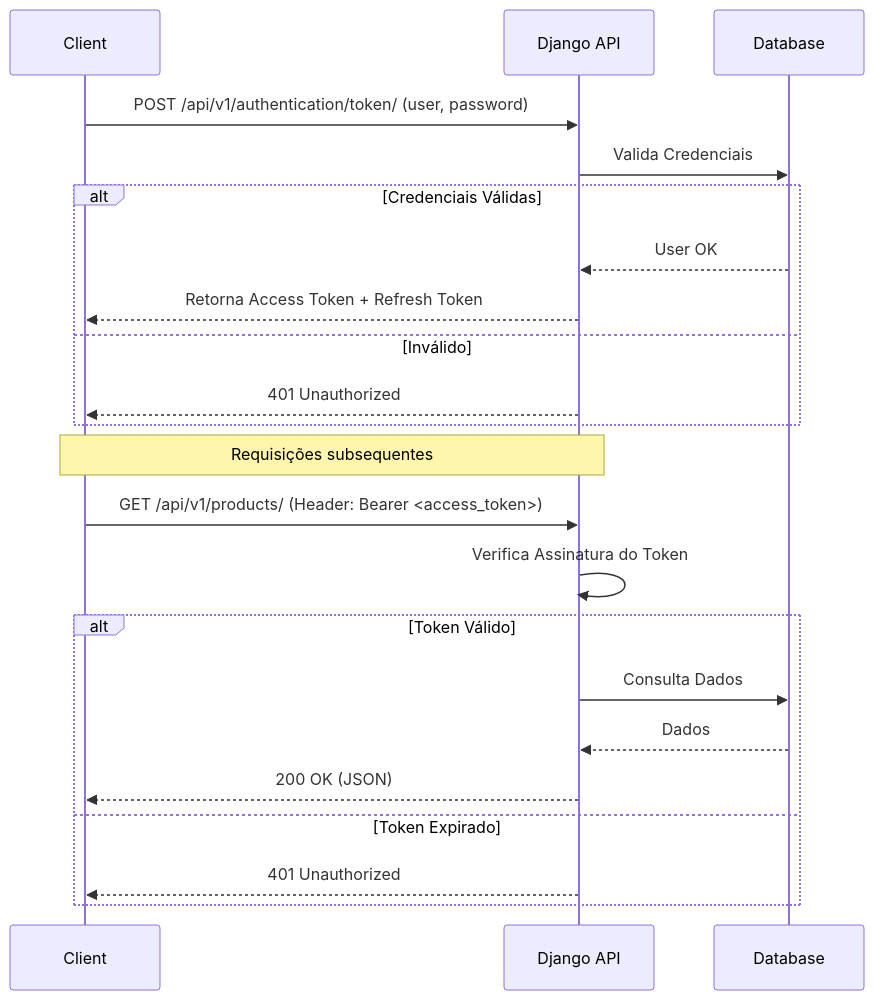
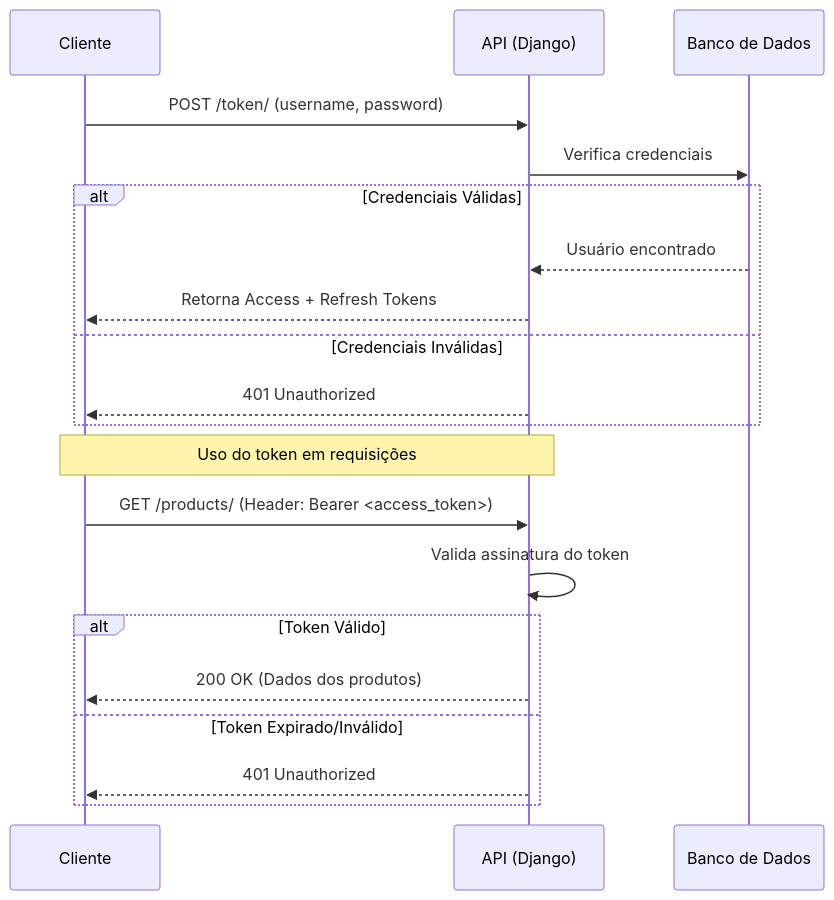
Before and after one commit to cllmenate/inventory-management-django-sistem: the sixth of 6 diagrams in docs/architecture.md, drawn with Mermaid. The commit also changed other lines of this file and 31 other files, not shown here.

````diff
--- a/docs/architecture.md
+++ b/docs/architecture.md
@@ -122,27 +174,24 @@
 ```mermaid
 sequenceDiagram
-    participant Client
-    participant API as Django API
-    participant DB as Database
+    participant Cliente
+    participant API as API (Django)
+    participant DB as Banco de Dados
 
-    Client->>API: POST /api/v1/authentication/token/ (user, password)
-    API->>DB: Valida Credenciais
+    Cliente->>API: POST /token/ (username, password)
+    API->>DB: Verifica credenciais
     alt Credenciais Válidas
-        DB-->>API: User OK
-        API-->>Client: Retorna Access Token + Refresh Token
-    else Inválido
-        API-->>Client: 401 Unauthorized
+        DB-->>API: Usuário encontrado
+        API-->>Cliente: Retorna Access + Refresh Tokens
+    else Credenciais Inválidas
+        API-->>Cliente: 401 Unauthorized
     end
 
-    Note over Client, API: Requisições subsequentes
-
-    Client->>API: GET /api/v1/products/ (Header: Bearer <access_token>)
-    API->>API: Verifica Assinatura do Token
+    Note over Cliente, API: Uso do token em requisições
+    Cliente->>API: GET /products/ (Header: Bearer <access_token>)
+    API->>API: Valida assinatura do token
     alt Token Válido
-        API->>DB: Consulta Dados
-        DB-->>API: Dados
-        API-->>Client: 200 OK (JSON)
-    else Token Expirado
-        API-->>Client: 401 Unauthorized
+        API-->>Cliente: 200 OK (Dados dos produtos)
+    else Token Expirado/Inválido
+        API-->>Cliente: 401 Unauthorized
     end
 ```
````
